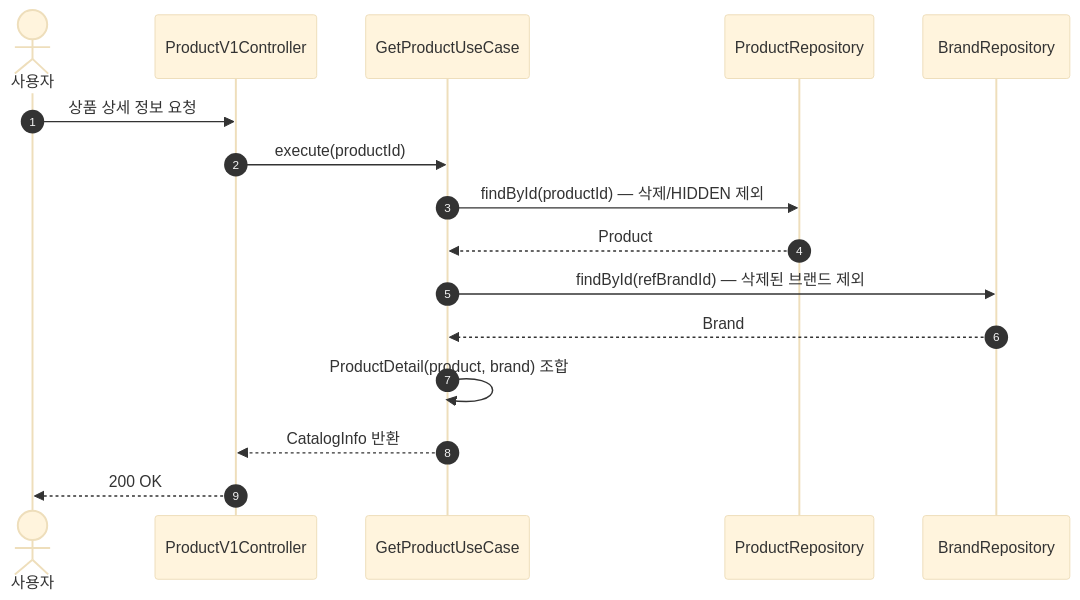
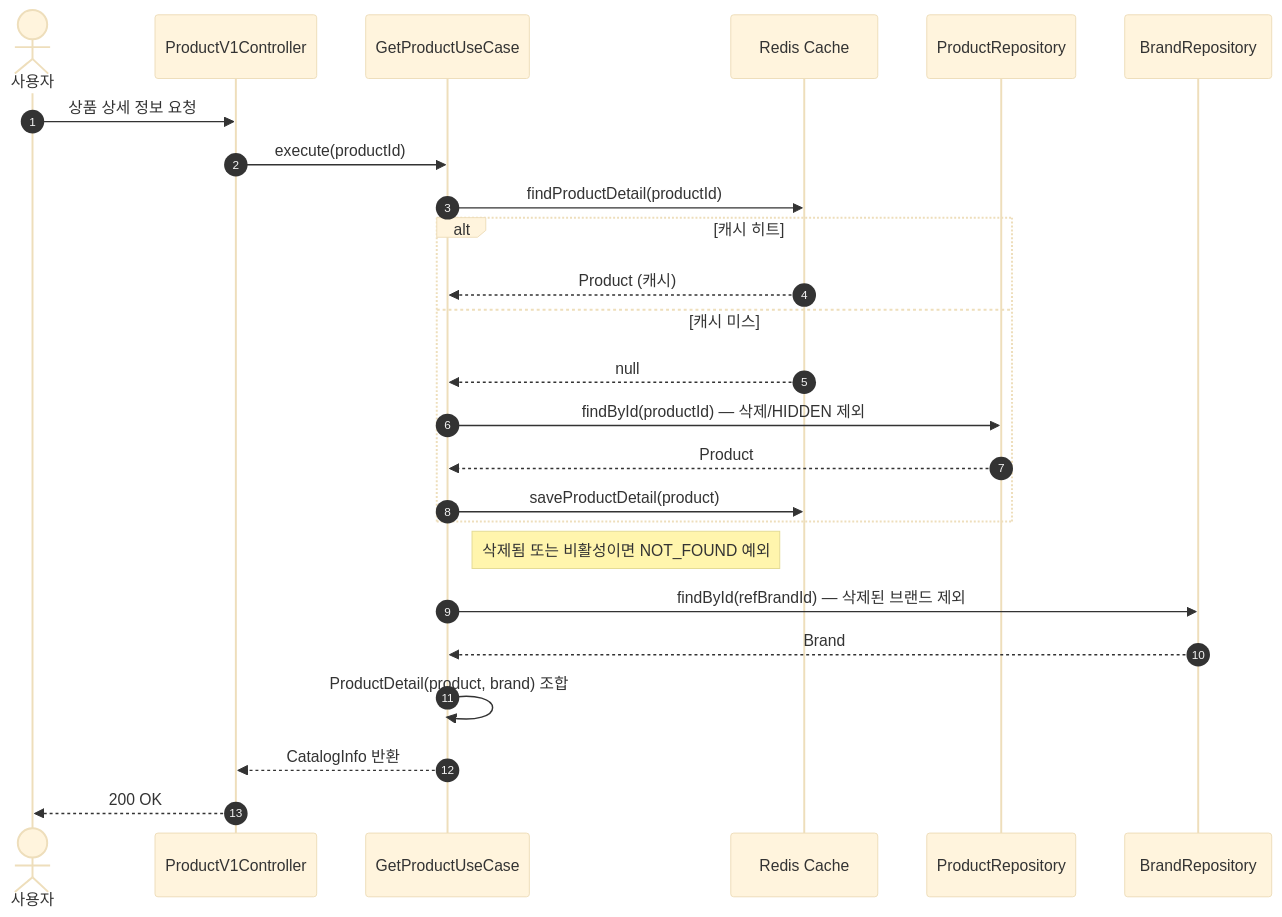
One commit to Loopers-dev-lab/loop-pack-be-l2-vol3-kotlin changed the third of 30 diagrams in docs/design/02-sequence-diagrams.md. Above: the diagram before and after it, drawn with Mermaid (base theme). The commit also changed other lines of this file and 4 other files, not shown here.

````diff
--- a/docs/design/02-sequence-diagrams.md
+++ b/docs/design/02-sequence-diagrams.md
@@ -73,18 +83,27 @@
 ```mermaid
 sequenceDiagram
     autonumber
     actor User as 사용자
     participant C as ProductV1Controller
     participant UC as GetProductUseCase
+    participant Cache as Redis Cache
     participant PR as ProductRepository
     participant BR as BrandRepository
     User ->> C: 상품 상세 정보 요청
     C ->> UC: execute(productId)
-    UC ->> PR: findById(productId) — 삭제/HIDDEN 제외
-    PR -->> UC: Product
+    UC ->> Cache: findProductDetail(productId)
+    alt 캐시 히트
+        Cache -->> UC: Product (캐시)
+    else 캐시 미스
+        Cache -->> UC: null
+        UC ->> PR: findById(productId) — 삭제/HIDDEN 제외
+        PR -->> UC: Product
+        UC ->> Cache: saveProductDetail(product)
+    end
+    Note right of UC: 삭제됨 또는 비활성이면 NOT_FOUND 예외
     UC ->> BR: findById(refBrandId) — 삭제된 브랜드 제외
     BR -->> UC: Brand
     UC ->> UC: ProductDetail(product, brand) 조합
     UC -->> C: CatalogInfo 반환
     C -->> User: 200 OK
 ```
````
